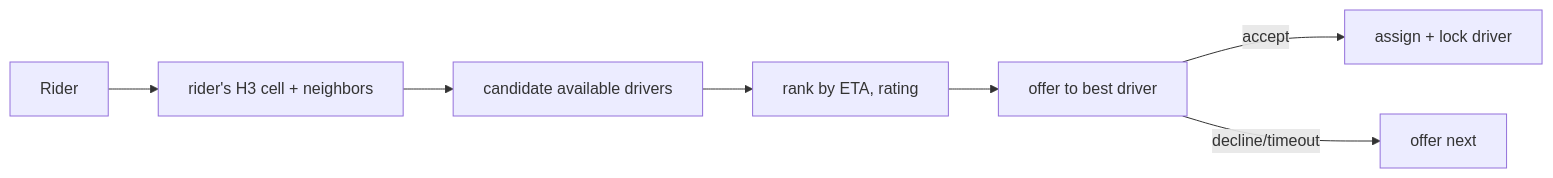
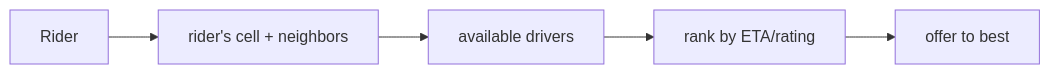
Before and after one commit to hiepgithub2001/swedocs: the second of 2 diagrams in system-design/2-case-studies/ride-sharing.md, drawn with Mermaid. The commit also changed other lines of this file and 3 other files, not shown here.

````diff
--- a/system-design/2-case-studies/ride-sharing.md
+++ b/system-design/2-case-studies/ride-sharing.md
@@ -70,9 +84,6 @@
 ```mermaid
 flowchart LR
-    Rider --> Cell[rider's H3 cell + neighbors]
-    Cell --> Cand[candidate available drivers]
-    Cand --> Rank[rank by ETA, rating]
-    Rank --> Offer[offer to best driver]
-    Offer -->|accept| Assign[assign + lock driver]
-    Offer -->|decline/timeout| Next[offer next]
+    Rider --> Cell[rider's cell + neighbors]
+    Cell --> Cand[available drivers]
+    Cand --> Rank[rank by ETA/rating] --> Offer[offer to best]
 ```
````
